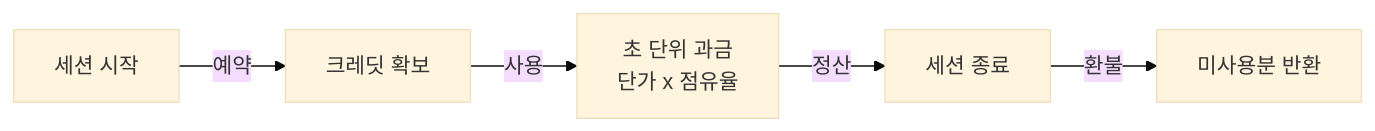
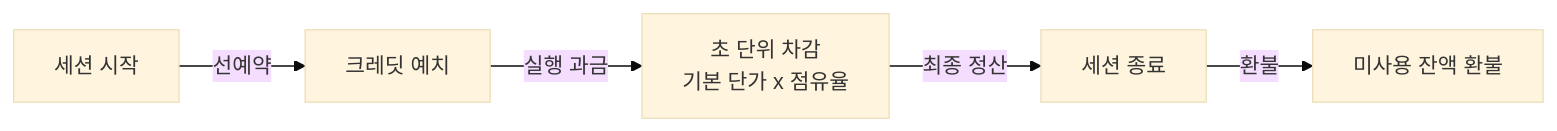
Before and after one commit to Mkpong/gShare: the diagram in website/i18n/ko/docusaurus-plugin-content-docs/current/user/wallet.md, drawn with Mermaid (base theme). The commit also changed other lines of this file and 227 other files, not shown here.

````diff
--- a/website/i18n/ko/docusaurus-plugin-content-docs/current/user/wallet.md
+++ b/website/i18n/ko/docusaurus-plugin-content-docs/current/user/wallet.md
@@ -34,7 +32,7 @@
 ```mermaid
 flowchart LR
-    A[세션 시작] -->|예약| B[크레딧 확보]
-    B -->|사용| C[초 단위 과금<br/>단가 x 점유율]
-    C -->|정산| D[세션 종료]
-    D -->|환불| E[미사용분 반환]
+    A[세션 시작] -->|선예약| B[크레딧 예치]
+    B -->|실행 과금| C[초 단위 차감<br/>기본 단가 x 점유율]
+    C -->|최종 정산| D[세션 종료]
+    D -->|환불| E[미사용 잔액 환불]
 ```
````
